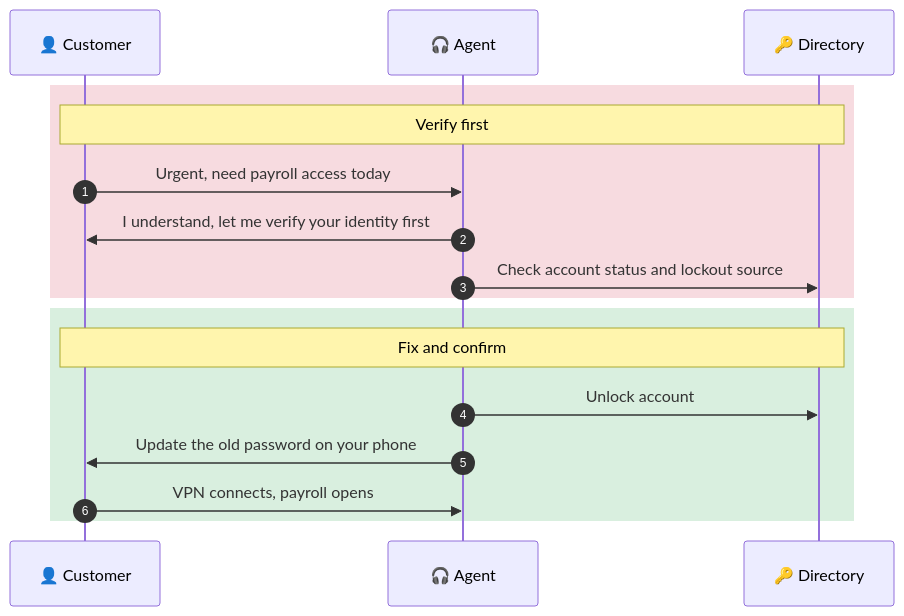
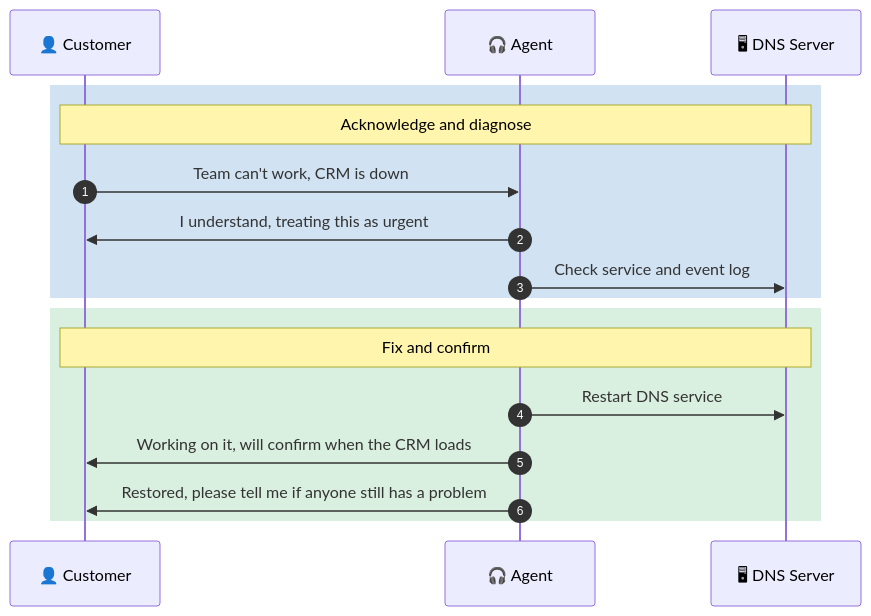
The fourth of 5 diagrams in 02-ticket-simulations/02.1-DNS-Ticket.md (malaika-azhar/Customer-Tech-Support-Portfolio), drawn with Mermaid before and after one commit. The commit also changed other lines of this file, not shown here.

````diff
--- a/02-ticket-simulations/02.1-DNS-Ticket.md
+++ b/02-ticket-simulations/02.1-DNS-Ticket.md
@@ -330,21 +362,21 @@
 ```mermaid
 sequenceDiagram
     autonumber
     participant C as 👤 Customer
     participant A as 🎧 Agent
-    participant D as 🔑 Directory
+    participant S as 🖥 DNS Server
 
-    rect rgba(200, 16, 46, 0.15)
-    Note over C,D: Verify first
-    C->>A: Urgent, need payroll access today
-    A->>C: I understand, let me verify your identity first
-    A->>D: Check account status and lockout source
+    rect rgba(0, 94, 184, 0.18)
+    Note over C,S: Acknowledge and diagnose
+    C->>A: Team can't work, CRM is down
+    A->>C: I understand, treating this as urgent
+    A->>S: Check service and event log
     end
 
     rect rgba(46, 164, 79, 0.18)
-    Note over C,D: Fix and confirm
-    A->>D: Unlock account
-    A->>C: Update the old password on your phone
-    C->>A: VPN connects, payroll opens
+    Note over C,S: Fix and confirm
+    A->>S: Restart DNS service
+    A->>C: Working on it, will confirm when the CRM loads
+    A->>C: Restored, please tell me if anyone still has a problem
     end
 ```
````
